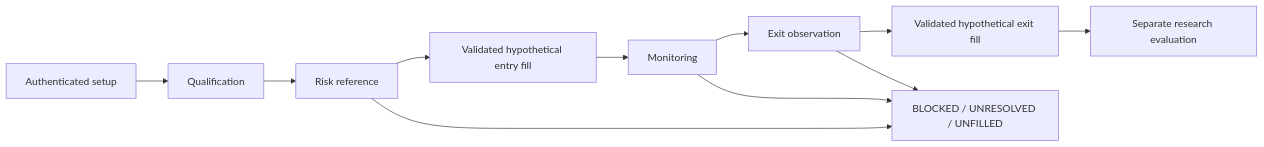
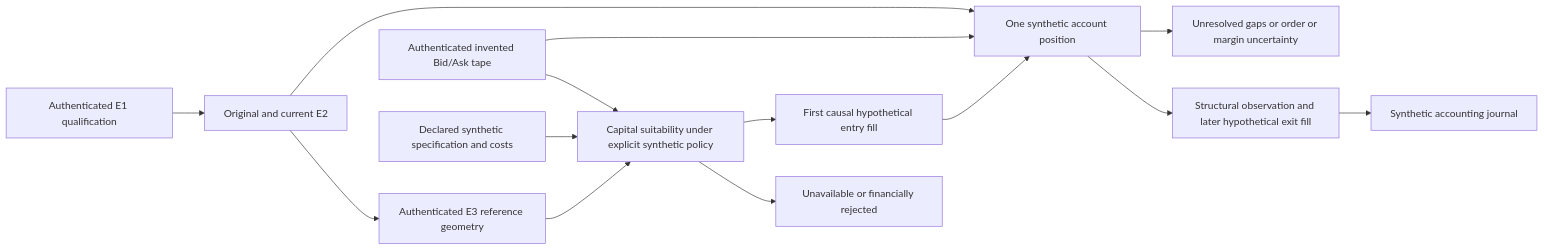
The diagram in docs/PAPER_TRADING_ENGINE_ARCHITECTURE.md (gkraman9/Trading-ai), drawn with Mermaid before and after one commit. The commit also changed other lines of this file and 6 other files, not shown here.

Commit message:
Document bounded synthetic E4 accounting, evidence blockers and four-environment CI

````diff
--- a/docs/PAPER_TRADING_ENGINE_ARCHITECTURE.md
+++ b/docs/PAPER_TRADING_ENGINE_ARCHITECTURE.md
@@ -9,13 +9,16 @@
 ```mermaid
 flowchart LR
- A[Authenticated setup] --> B[Qualification]
- B --> C[Risk reference]
- C --> D[Validated hypothetical entry fill]
- D --> E[Monitoring]
- E --> F[Exit observation]
- F --> G[Validated hypothetical exit fill]
- G --> H[Separate research evaluation]
- C --> U[BLOCKED / UNRESOLVED / UNFILLED]
- E --> U
- F --> U
+ A[Authenticated E1 qualification] --> B[Original and current E2]
+ B --> C[Authenticated E3 reference geometry]
+ C --> D[Capital suitability under explicit synthetic policy]
+ Q[Authenticated invented Bid/Ask tape] --> D
+ S[Declared synthetic specification and costs] --> D
+ D --> U[Unavailable or financially rejected]
+ D --> E[First causal hypothetical entry fill]
+ E --> F[One synthetic account position]
+ B --> F
+ Q --> F
+ F --> G[Structural observation and later hypothetical exit fill]
+ F --> R[Unresolved gaps or order or margin uncertainty]
+ G --> H[Synthetic accounting journal]
 ```
````
